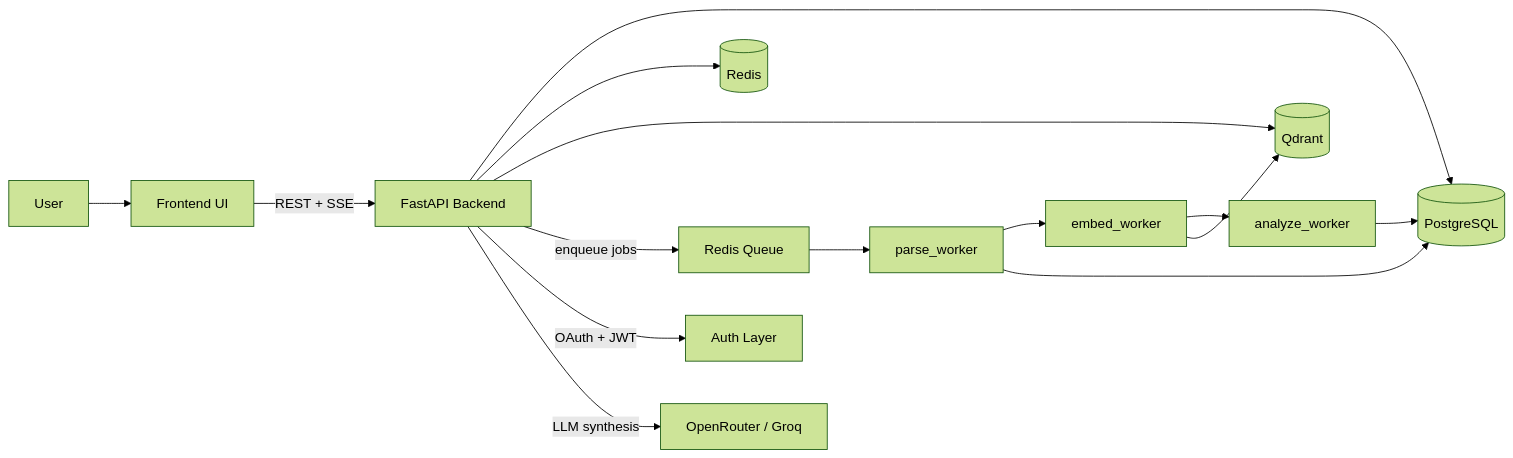
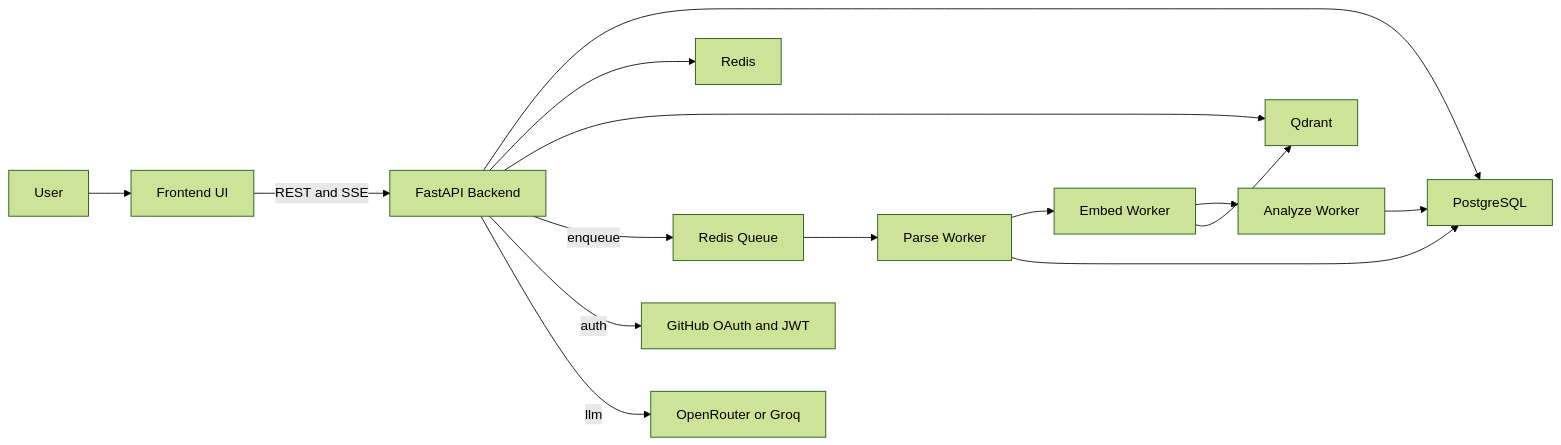
One commit to atikulmunna/devlens-fullstack changed the diagram in README.md. Above: the diagram before and after it, drawn with Mermaid (forest theme).

Commit message:
Fix README Mermaid architecture rendering (#78)

````diff
--- a/README.md
+++ b/README.md
@@ -39,21 +39,21 @@
 ```mermaid
 flowchart LR
-  U[User] --> FE[Frontend UI]
-  FE -->|REST + SSE| API[FastAPI Backend]
+  user["User"] --> frontend["Frontend UI"]
+  frontend -->|REST and SSE| backend["FastAPI Backend"]
 
-  API --> PG[(PostgreSQL)]
-  API --> RD[(Redis)]
-  API --> QD[(Qdrant)]
+  backend --> postgres["PostgreSQL"]
+  backend --> redis["Redis"]
+  backend --> qdrant["Qdrant"]
 
-  API -->|enqueue jobs| RQ[Redis Queue]
-  RQ --> P[parse_worker]
-  P --> E[embed_worker]
-  E --> A[analyze_worker]
+  backend -->|enqueue| queue["Redis Queue"]
+  queue --> parse["Parse Worker"]
+  parse --> embed["Embed Worker"]
+  embed --> analyze["Analyze Worker"]
 
-  P --> PG
-  E --> QD
-  A --> PG
+  parse --> postgres
+  embed --> qdrant
+  analyze --> postgres
 
-  API -->|OAuth + JWT| AUTH[Auth Layer]
-  API -->|LLM synthesis| LLM[OpenRouter / Groq]
+  backend -->|auth| auth["GitHub OAuth and JWT"]
+  backend -->|llm| llm["OpenRouter or Groq"]
 ```
````
